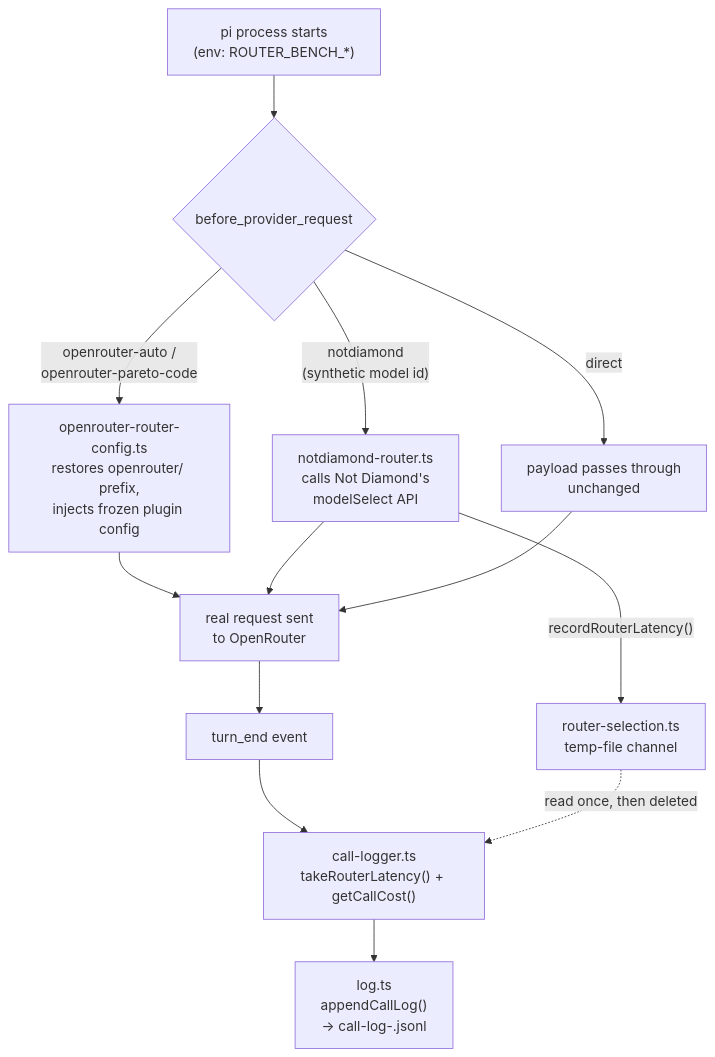
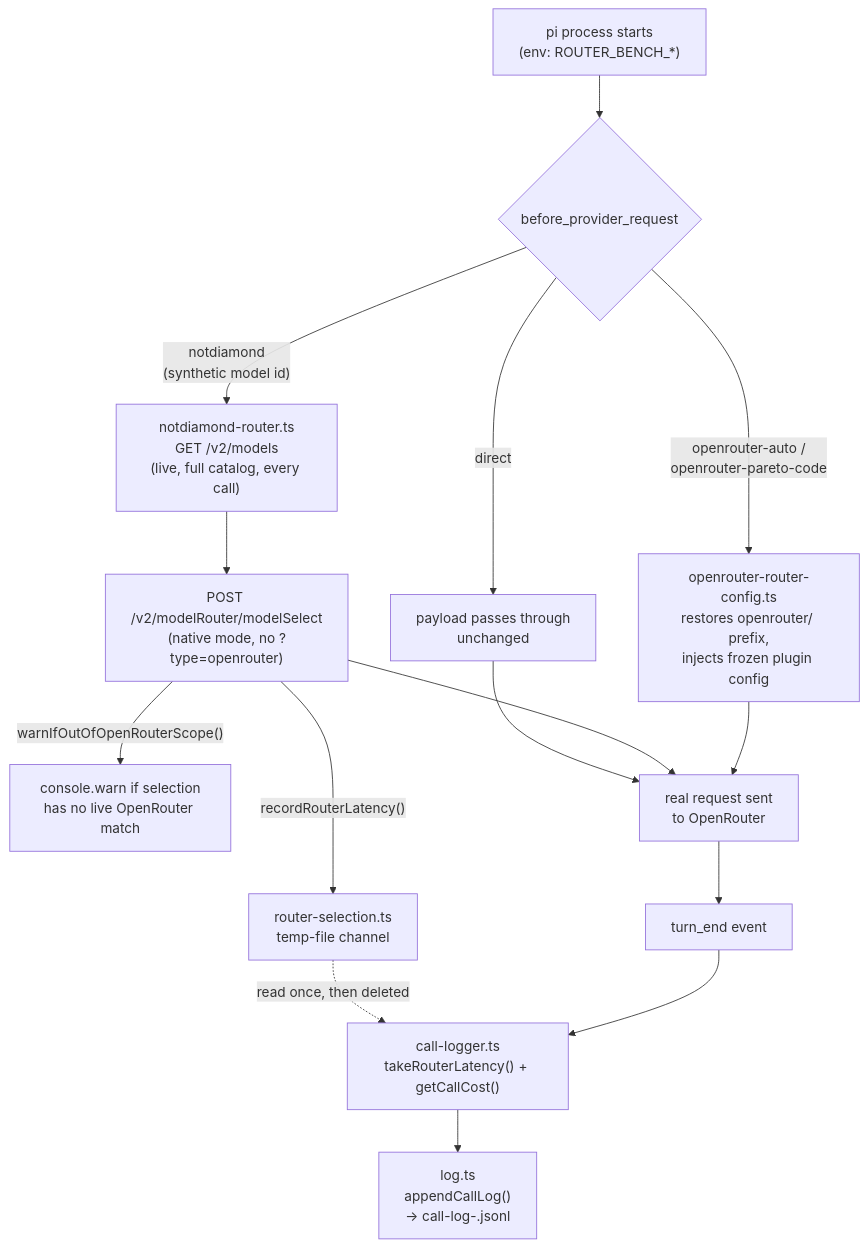
One commit to EmumbaOrg/llm-routing-benchmark changed the third of 4 diagrams in docs/flows/README.md. Above: the diagram before and after it, drawn with Mermaid. The commit also changed other lines of this file and 3 other files, not shown here.

````diff
--- a/docs/flows/README.md
+++ b/docs/flows/README.md
@@ -80,15 +93,17 @@
 ```mermaid
 flowchart TD
     A["pi process starts\n(env: ROUTER_BENCH_*)"] --> B{"before_provider_request"}
     B -->|"openrouter-auto /\nopenrouter-pareto-code"| C["openrouter-router-config.ts\nrestores openrouter/ prefix,\ninjects frozen plugin config"]
-    B -->|"notdiamond\n(synthetic model id)"| D["notdiamond-router.ts\ncalls Not Diamond's\nmodelSelect API"]
+    B -->|"notdiamond\n(synthetic model id)"| D0["notdiamond-router.ts\nGET /v2/models\n(live, full catalog, every call)"]
+    D0 --> D["POST /v2/modelRouter/modelSelect\n(native mode, no ?type=openrouter)"]
     B -->|"direct"| E["payload passes through\nunchanged"]
     D -->|"recordRouterLatency()"| F["router-selection.ts\ntemp-file channel"]
+    D -->|"warnIfOutOfOpenRouterScope()"| W["console.warn if selection\nhas no live OpenRouter match"]
     C --> G["real request sent\nto OpenRouter"]
     D --> G
     E --> G
     G --> H["turn_end event"]
     H --> I["call-logger.ts\ntakeRouterLatency() + getCallCost()"]
     F -.->|"read once, then deleted"| I
     I --> J["log.ts\nappendCallLog()\n→ call-log-<runId>.jsonl"]
 ```
````
